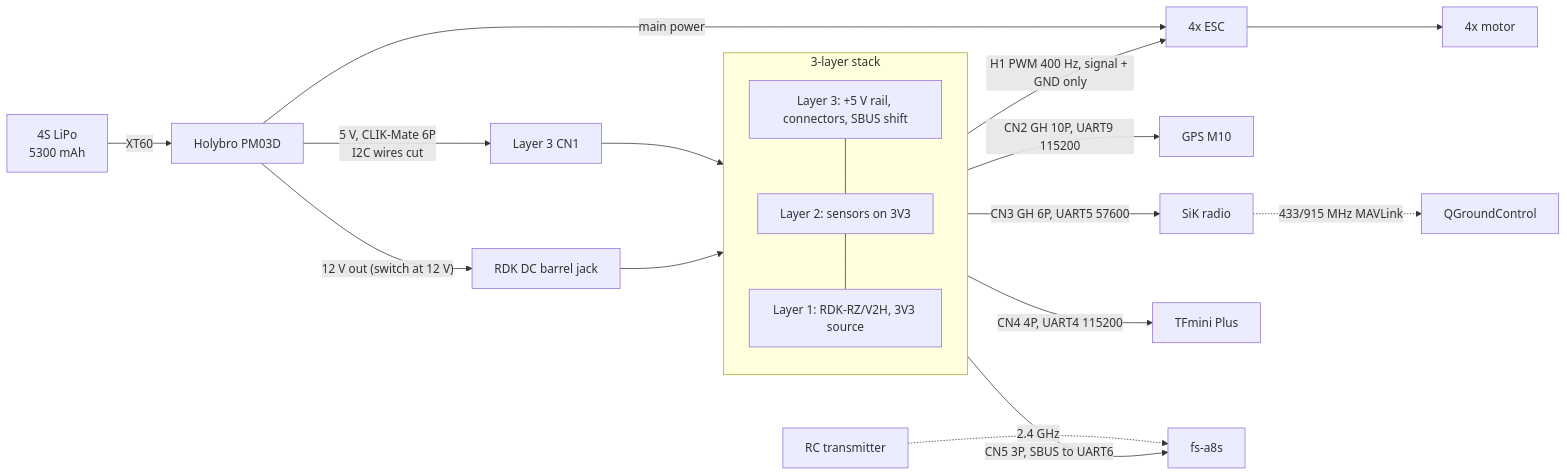
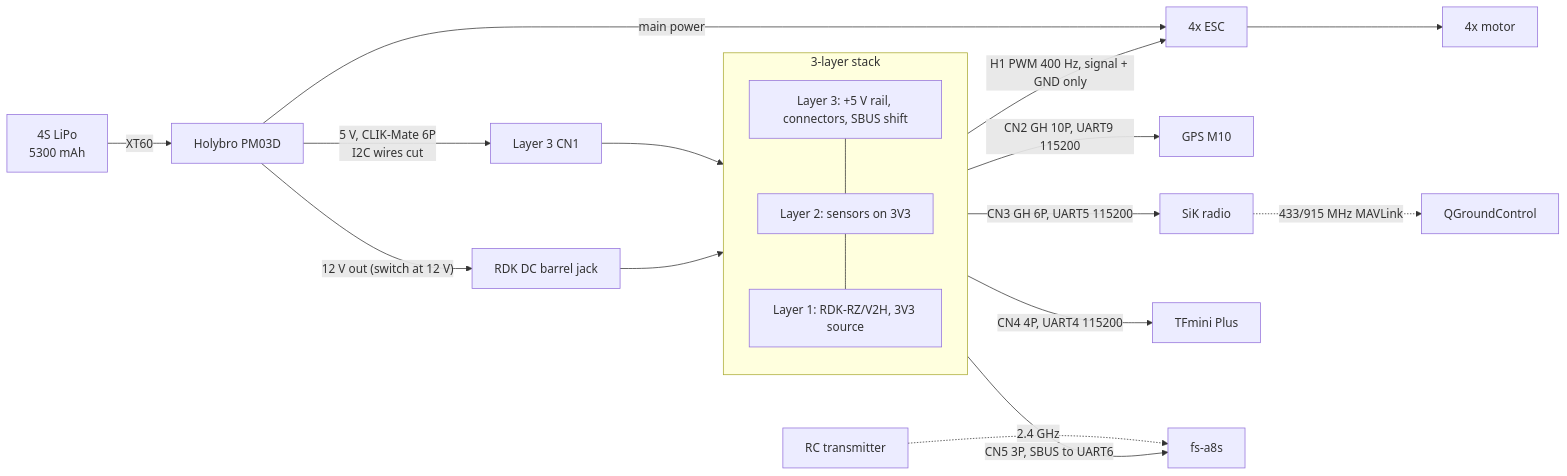
One commit to nguyentri/PX4-Autopilot changed the seventh of 8 diagrams in docs/renesas/rzv2h-rdk-drone-demo-3d-render-diagrams.md. Above: the diagram before and after it, drawn with Mermaid. The commit also changed 8 other files, not shown here.

````diff
--- a/docs/renesas/rzv2h-rdk-drone-demo-3d-render-diagrams.md
+++ b/docs/renesas/rzv2h-rdk-drone-demo-3d-render-diagrams.md
@@ -242,26 +242,26 @@
 ```mermaid
 flowchart LR
   bat["4S LiPo<br/>5300 mAh"] -->|XT60| pm["Holybro PM03D"]
   pm -->|main power| esc["4x ESC"]
   esc --> mot["4x motor"]
   pm -->|"12 V out (switch at 12 V)"| jack["RDK DC barrel jack"]
   pm -->|"5 V, CLIK-Mate 6P<br/>I2C wires cut"| cn1["Layer 3 CN1"]
 
   subgraph stack["3-layer stack"]
     direction TB
     l3["Layer 3: +5 V rail, connectors, SBUS shift"]
     l2["Layer 2: sensors on 3V3"]
     l1["Layer 1: RDK-RZ/V2H, 3V3 source"]
     l3 --- l2 --- l1
   end
 
   cn1 --> l3
   jack --> l1
   l3 -->|"CN2 GH 10P, UART9 115200"| gps["GPS M10"]
-  l3 -->|"CN3 GH 6P, UART5 57600"| sik["SiK radio"]
+  l3 -->|"CN3 GH 6P, UART5 115200"| sik["SiK radio"]
   l3 -->|"CN4 4P, UART4 115200"| tf["TFmini Plus"]
   l3 -->|"CN5 3P, SBUS to UART6"| rc["fs-a8s"]
   l3 -->|"H1 PWM 400 Hz, signal + GND only"| esc
   sik -.->|"433/915 MHz MAVLink"| qgc["QGroundControl"]
   tx["RC transmitter"] -.->|2.4 GHz| rc
 ```
````
